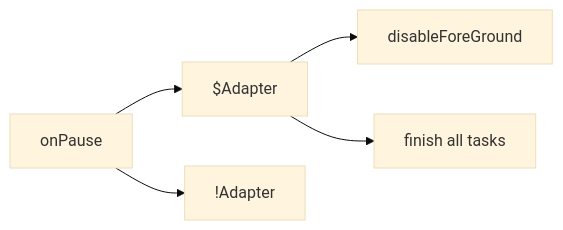
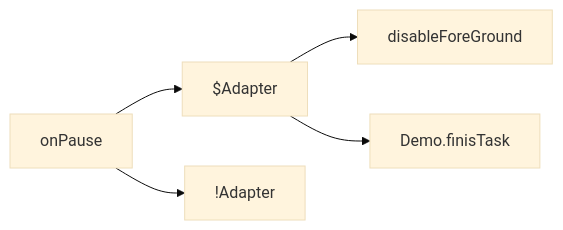
One commit to gordianknotC/nxp_note changed the second of 3 diagrams in nxp/MainActivity.md. Above: the diagram before and after it, drawn with Mermaid (base theme). The commit also changed other lines of this file, not shown here.

````diff
--- a/nxp/MainActivity.md
+++ b/nxp/MainActivity.md
@@ -21,9 +21,7 @@
 ```mermaid
 graph LR
 	onPause --> $Adapter
 	onPause --> !Adapter
 	$Adapter --> disableForeGround
-	$Adapter --> finisTask[finish all tasks]
-	
-
+	$Adapter --> Demo.finisTask
 ```
````
